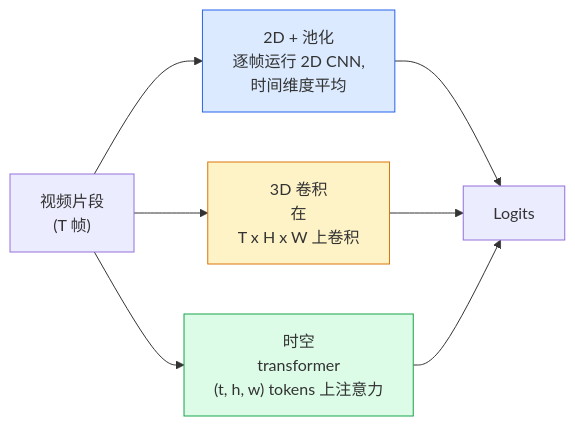
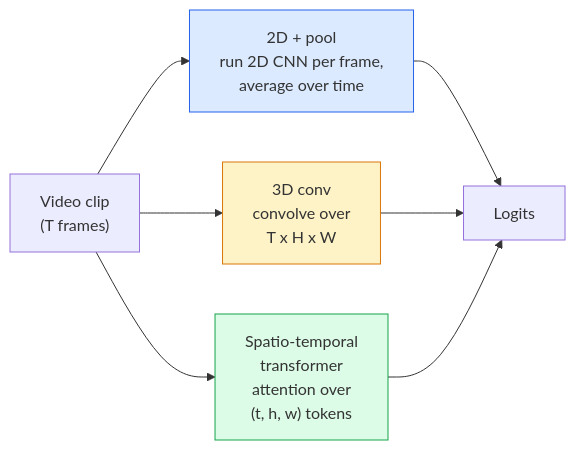
The diagram in i18n/zh/phases/04-computer-vision/12-video-understanding/docs/zh.md (xiaojiaenen/ai-engineering-from-scratch-zh), drawn with Mermaid before and after one commit. The commit also changed other lines of this file and 28 other files, not shown here.

````diff
--- a/i18n/zh/phases/04-computer-vision/12-video-understanding/docs/zh.md
+++ b/i18n/zh/phases/04-computer-vision/12-video-understanding/docs/zh.md
@@ -29,14 +29,14 @@
 ```mermaid
 flowchart LR
-    V["视频片段<br/>(T 帧)"] --> A1["2D + 池化<br/>逐帧运行 2D CNN,<br/>时间维度平均"]
-    V --> A2["3D 卷积<br/>在<br/>T x H x W 上卷积"]
-    V --> A3["时空<br/>transformer<br/>(t, h, w) tokens 上注意力"]
+    V["Video clip<br/>(T frames)"] --> A1["2D + pool<br/>run 2D CNN per frame,<br/>average over time"]
+    V --> A2["3D conv<br/>convolve over<br/>T x H x W"]
+    V --> A3["Spatio-temporal<br/>transformer<br/>attention over<br/>(t, h, w) tokens"]
 
     A1 --> C["Logits"]
     A2 --> C
     A3 --> C
 
     style A1 fill:#dbeafe,stroke:#2563eb
     style A2 fill:#fef3c7,stroke:#d97706
     style A3 fill:#dcfce7,stroke:#16a34a
 ```
````
